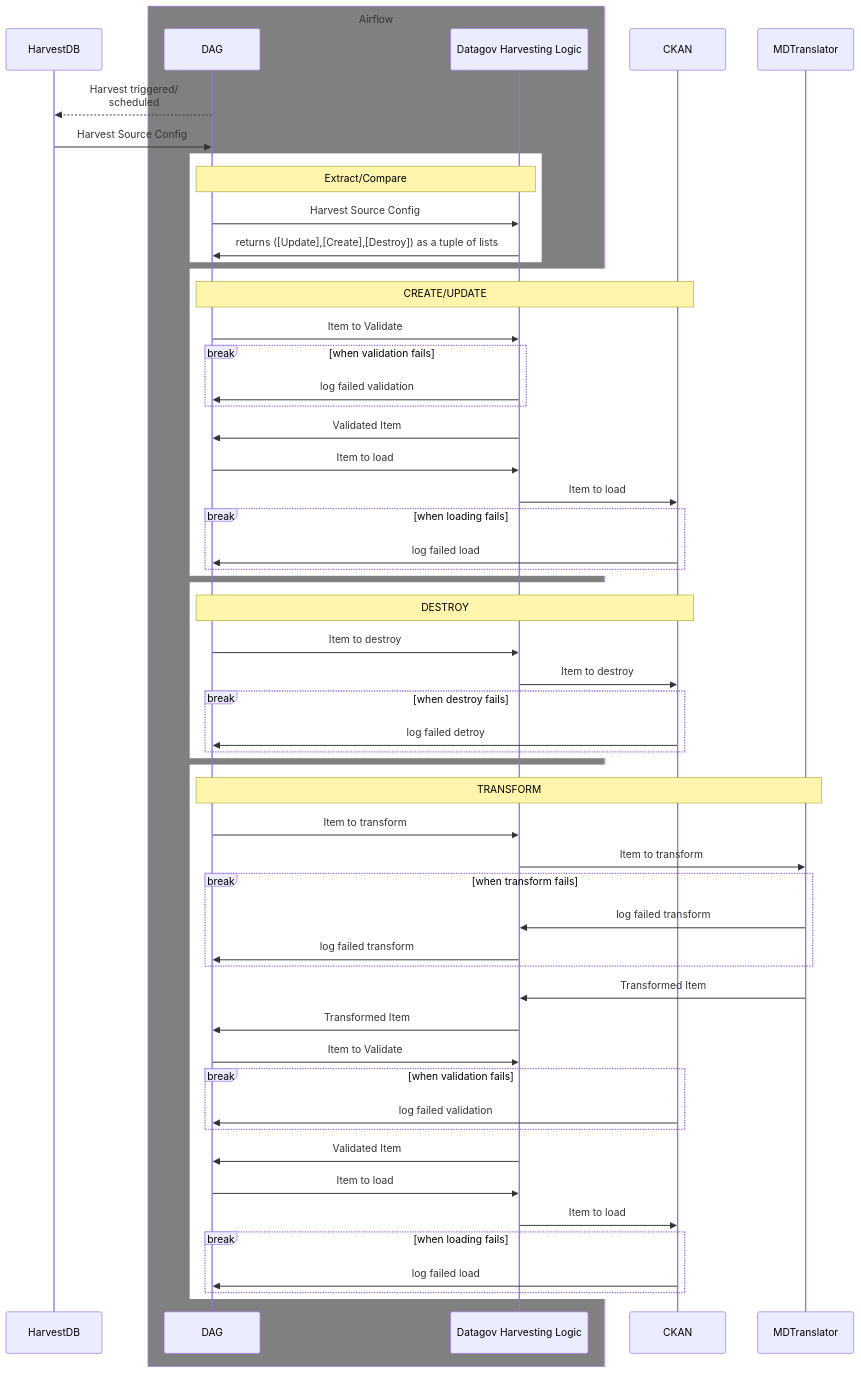
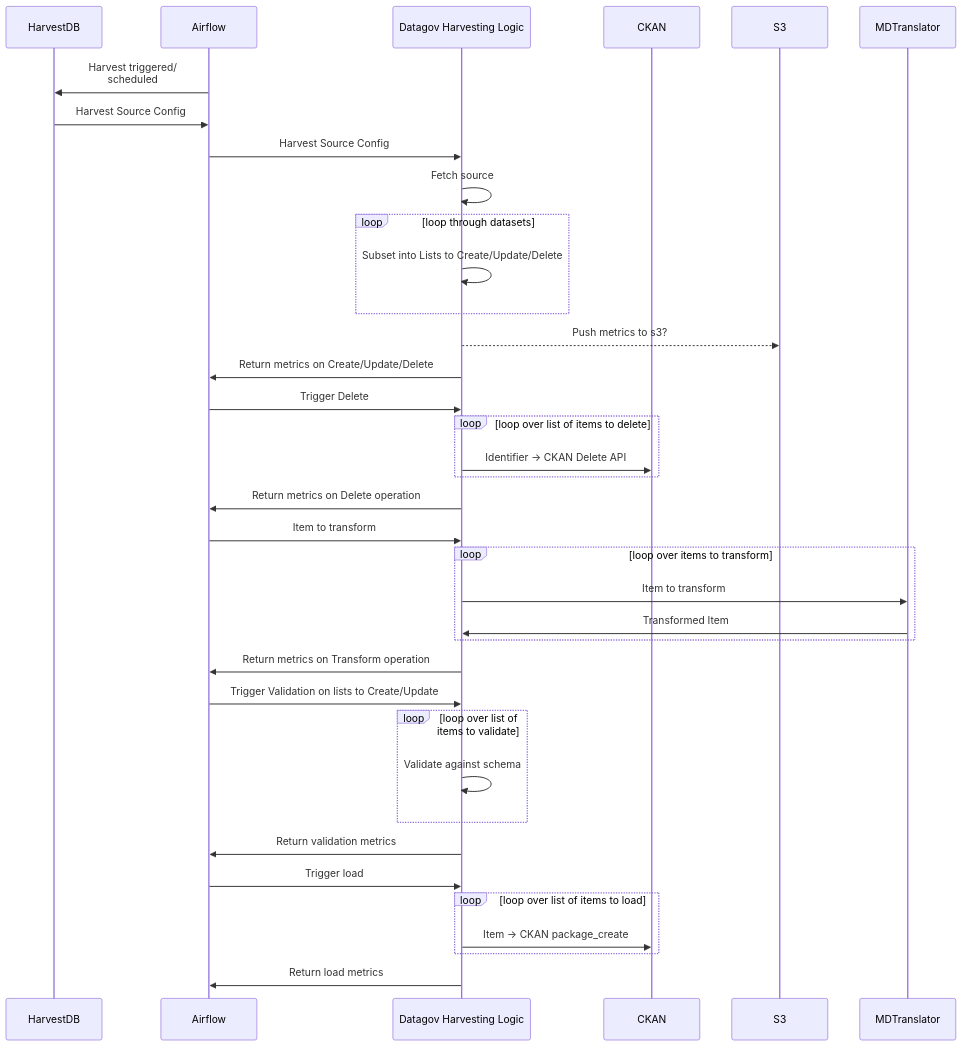
Before and after one commit to GSA/datagov-harvester: the diagram in docs/diagrams/mermaid/src/etl_pipeline.md, drawn with Mermaid. The commit also changed 1 other file, not shown here.

Commit message:
update etl pipeline to refactor shifting item level tasks to harvesting logic repo

````diff
--- a/docs/diagrams/mermaid/src/etl_pipeline.md
+++ b/docs/diagrams/mermaid/src/etl_pipeline.md
@@ -1,60 +1,43 @@
 ```mermaid
 sequenceDiagram
     participant HDB as HarvestDB
-    box gray Airflow
-    participant DAG
+    participant Airflow
     participant DHL as Datagov Harvesting Logic
+    participant CKAN
+    participant S3
+    participant MD as MDTranslator
+    Airflow->>HDB: Harvest triggered/<br>scheduled
+    HDB->>Airflow: Harvest Source Config
+    Airflow->>DHL: Harvest Source Config
+    DHL->>DHL: Fetch source
+    loop loop through datasets
+        DHL->>DHL: Subset into Lists to Create/Update/Delete
     end
-    participant CKAN
-    participant MD as MDTranslator
-    DAG-->>HDB: Harvest triggered/<br>scheduled
-    HDB->>DAG: Harvest Source Config
-    rect white
-    Note over DAG,DHL: Extract/Compare
-    DAG->>DHL: Harvest Source Config
-    DHL->>DAG: returns ([Update],[Create],[Destroy]) as a tuple of lists
+    DHL-->>S3: Push metrics to s3?
+    DHL->>Airflow: Return metrics on Create/Update/Delete
+    Airflow->>DHL: Trigger Delete
+    loop loop over list of items to delete
+        DHL->>CKAN: Identifier -> CKAN Delete API
     end
-    rect white
-    Note over DAG,CKAN: CREATE/UPDATE
-    DAG->>DHL: Item to Validate
-    break when validation fails
-        DHL->>DAG: log failed validation
+    DHL->>Airflow: Return metrics on Delete operation
+
+    Airflow->>DHL: Item to transform
+    loop loop over items to transform
+        DHL->>MD: Item to transform
+        MD->>DHL: Transformed Item
     end
-    DHL->>DAG: Validated Item
-    DAG->>DHL: Item to load
-    DHL->>CKAN: Item to load
-    break when loading fails
-        CKAN->>DAG: log failed load
+    DHL->>Airflow: Return metrics on Transform operation
+
+    Airflow->>DHL: Trigger Validation on lists to Create/Update
+    loop loop over list of items to validate
+        DHL->>DHL: Validate against schema
     end
+    DHL->>Airflow: Return validation metrics
+    Airflow->>DHL: Trigger load
+    
+    loop loop over list of items to load
+        DHL->>CKAN: Item -> CKAN package_create
     end
-    rect white
-    Note over DAG,CKAN: DESTROY
-    DAG->>DHL: Item to destroy
-    DHL->>CKAN: Item to destroy
-    break when destroy fails
-        CKAN->>DAG: log failed detroy
-    end
-    end
-    rect white
-    Note over DAG,MD: TRANSFORM
-    DAG->>DHL: Item to transform
-    DHL->>MD: Item to transform
-    break when transform fails
-        MD->>DHL: log failed transform
-        DHL->>DAG: log failed transform
-    end    
-    MD->>DHL: Transformed Item
-    DHL->>DAG: Transformed Item
-    DAG->>DHL: Item to Validate
-    break when validation fails
-        CKAN->>DAG: log failed validation
-    end
-
-    DHL->>DAG: Validated Item
-    DAG->>DHL: Item to load
-    DHL->>CKAN: Item to load
-    break when loading fails
-        CKAN->>DAG: log failed load
-    end
-    end
+    DHL->>Airflow: Return load metrics
+    
 ```
````
